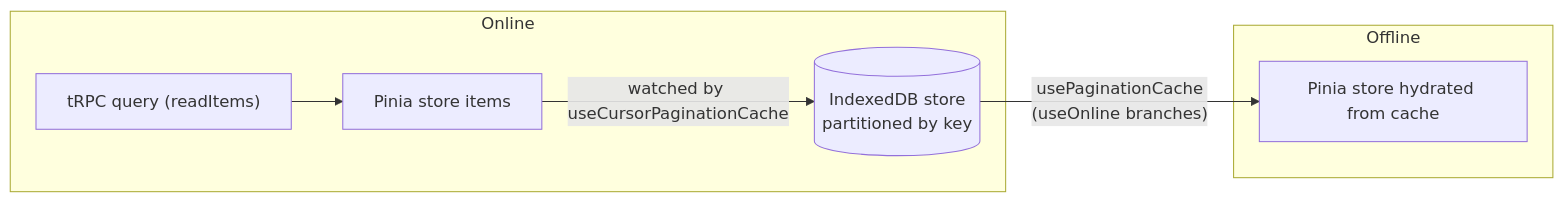
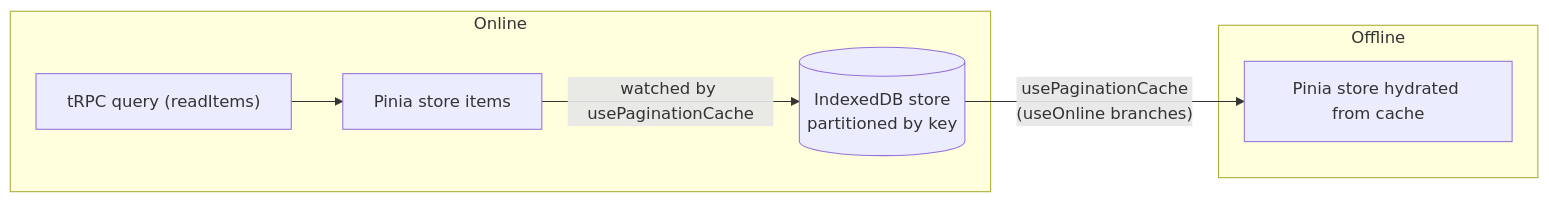
Before and after one commit to Esposter/Esposter: the first of 2 diagrams in openspec/specs/esbabbler/offline-cache/design.md, drawn with Mermaid. The commit also changed other lines of this file and 63 other files, not shown here.

````diff
--- a/openspec/specs/esbabbler/offline-cache/design.md
+++ b/openspec/specs/esbabbler/offline-cache/design.md
@@ -7,11 +7,11 @@
 ```mermaid
 flowchart LR
   subgraph online [Online]
     Q["tRPC query (readItems)"] --> STORE["Pinia store items"]
-    STORE -->|"watched by useCursorPaginationCache"| IDB[("IndexedDB store<br/>partitioned by key")]
+    STORE -->|"watched by usePaginationCache"| IDB[("IndexedDB store<br/>partitioned by key")]
   end
 
   subgraph offline [Offline]
     IDB -->|"usePaginationCache<br/>(useOnline branches)"| STORE2["Pinia store hydrated from cache"]
   end
 ```
````
